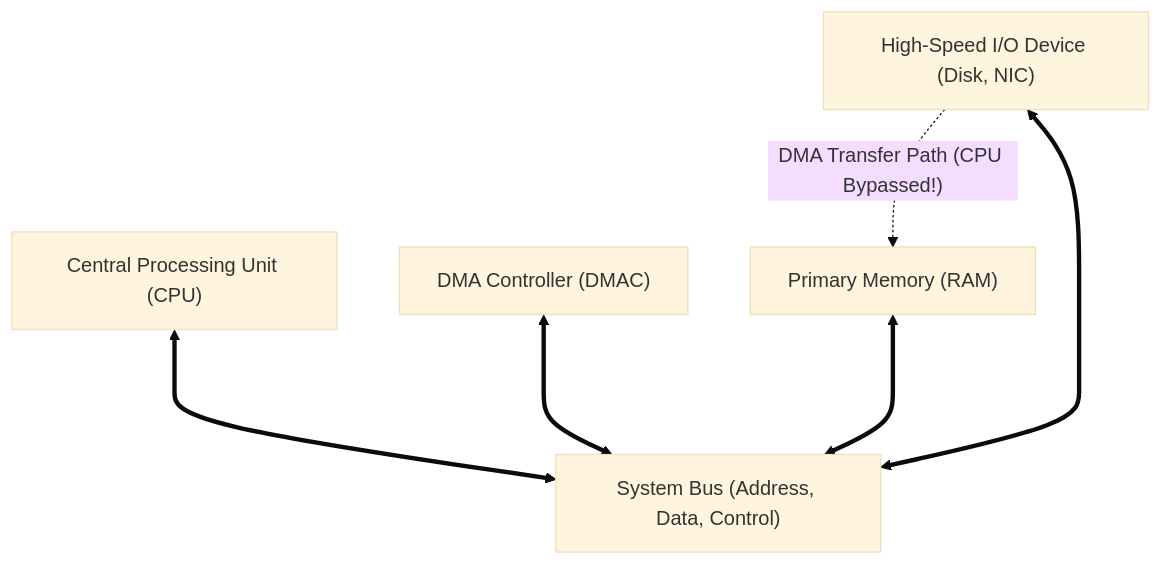
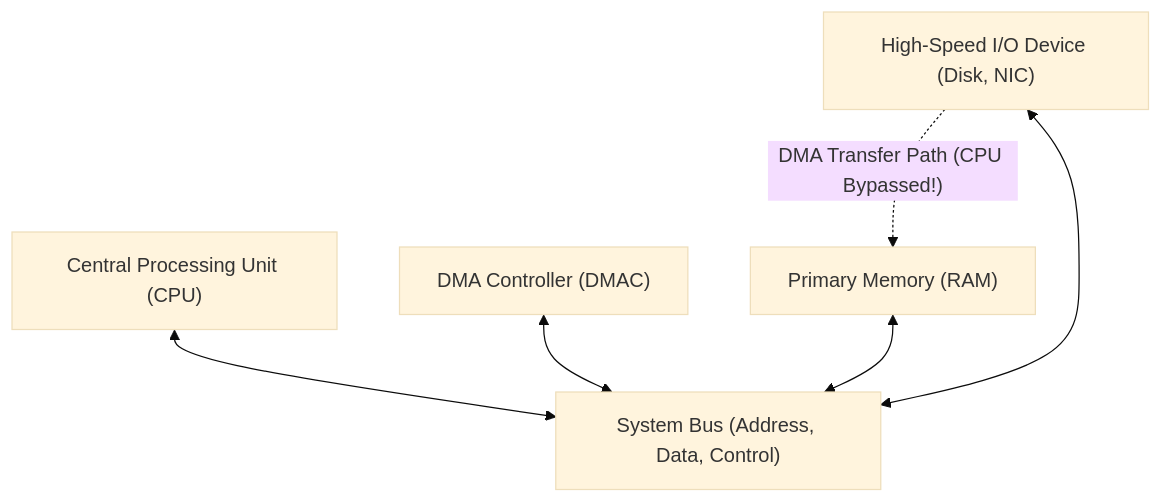
Before and after one commit to YatishGowda09/Sem-3-CSE-Notes: the first of 3 diagrams in DLCD/Unit 3/L08 - Direct Memory Access and Standard IO Interfaces.md, drawn with Mermaid (base theme). The commit also changed other lines of this file and 70 other files, not shown here.

First line of the commit message:
Fix Mermaid diagram syntax for GitHub rendering compatibility

````diff
--- a/DLCD/Unit 3/L08 - Direct Memory Access and Standard IO Interfaces.md
+++ b/DLCD/Unit 3/L08 - Direct Memory Access and Standard IO Interfaces.md
@@ -42,16 +42,16 @@
 ```mermaid
 flowchart TD
     CPU["Central Processing Unit (CPU)"]
     DMAC["DMA Controller (DMAC)"]
     RAM["Primary Memory (RAM)"]
     DEV["High-Speed I/O Device (Disk, NIC)"]
 
     BUS["System Bus (Address, Data, Control)"]
 
-    CPU <===> BUS
-    DMAC <===> BUS
-    RAM <===> BUS
-    DEV <===> BUS
+    CPU <--> BUS
+    DMAC <--> BUS
+    RAM <--> BUS
+    DEV <--> BUS
 
     DEV -. "DMA Transfer Path (CPU Bypassed!)" .-> RAM
 ```
````
